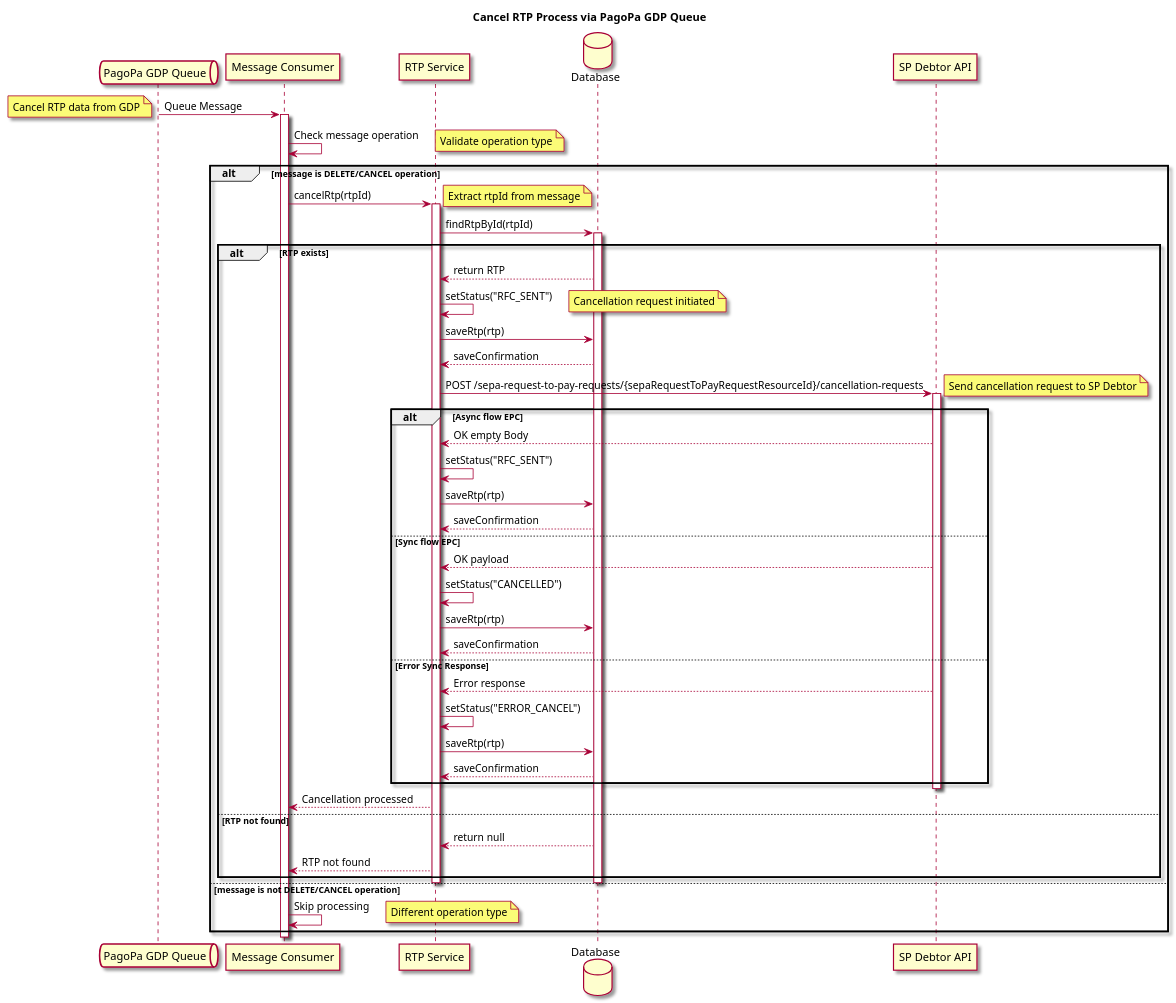
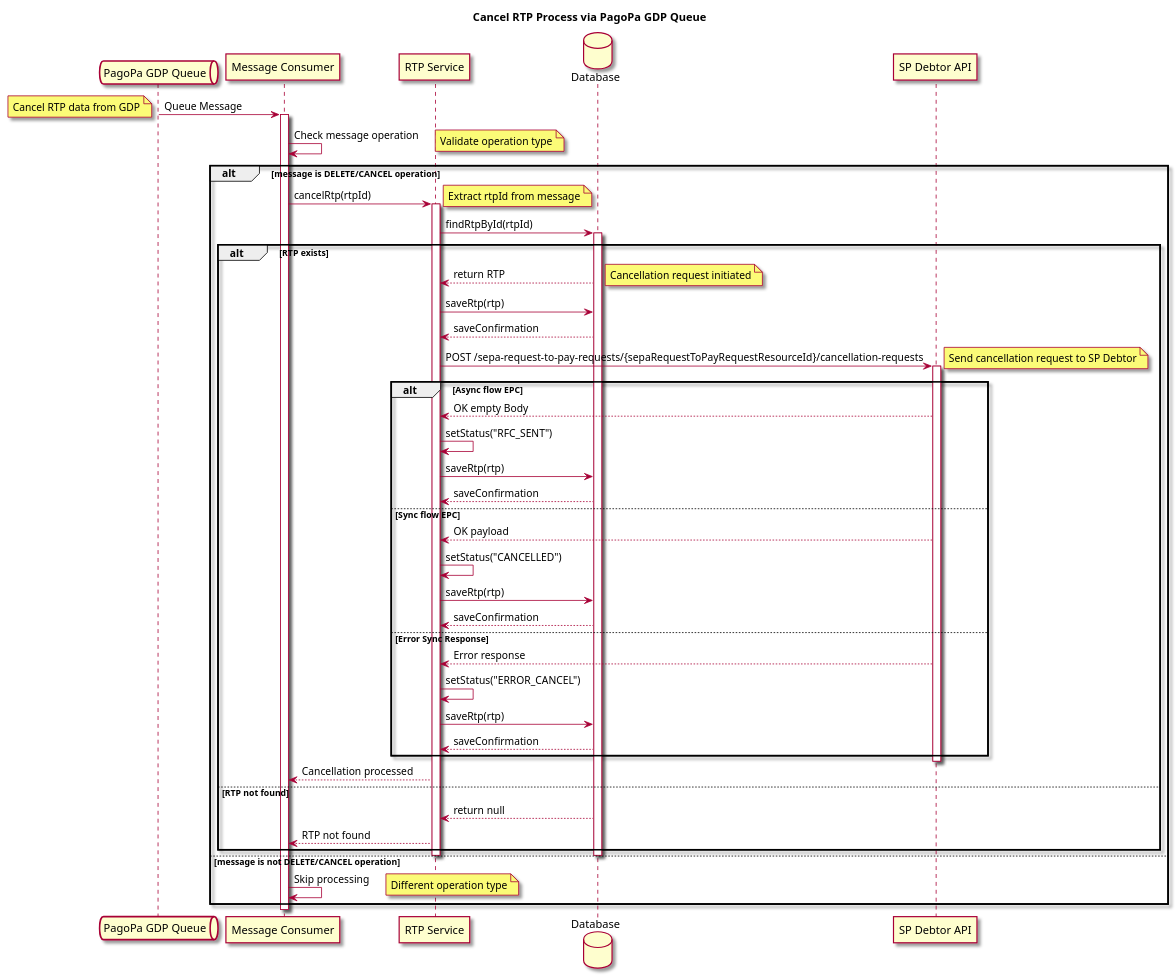
The diagram in diagrams/delete-queue-schema.puml (pagopa/rtp-docs), drawn with PlantUML before and after one commit. The commit also changed 6 other files, not shown here.

```diff
--- a/diagrams/delete-queue-schema.puml
+++ b/diagrams/delete-queue-schema.puml
@@ -1,64 +1,63 @@
 @startuml
 skin rose
 title Cancel RTP Process via PagoPa GDP Queue
 queue "PagoPa GDP Queue" as Queue
 participant "Message Consumer" as Consumer
 participant "RTP Service" as Service
 database Database as DB
 participant "SP Debtor API" as SPDAPI
 
 Queue -> Consumer: Queue Message
 note left: Cancel RTP data from GDP
 activate Consumer
 Consumer -> Consumer: Check message operation
 note right: Validate operation type
 alt message is DELETE/CANCEL operation
 Consumer -> Service: cancelRtp(rtpId)
 note right: Extract rtpId from message
 activate Service
 Service -> DB: findRtpById(rtpId)
 activate DB
 alt RTP exists
     DB --> Service: return RTP
     
-    Service -> Service: setStatus("RFC_SENT")
     note right: Cancellation request initiated
     Service -> DB: saveRtp(rtp)
     DB --> Service: saveConfirmation
     
     Service -> SPDAPI: POST /sepa-request-to-pay-requests/{sepaRequestToPayRequestResourceId}/cancellation-requests
     note right: Send cancellation request to SP Debtor
     activate SPDAPI
     
     alt Async flow EPC
         SPDAPI --> Service: OK empty Body
         Service -> Service: setStatus("RFC_SENT")
         Service -> DB: saveRtp(rtp)
         DB --> Service: saveConfirmation
     else Sync flow EPC
         SPDAPI --> Service: OK payload
         Service -> Service: setStatus("CANCELLED")
         Service -> DB: saveRtp(rtp)
         DB --> Service: saveConfirmation
     else Error Sync Response
         SPDAPI --> Service: Error response
         Service -> Service: setStatus("ERROR_CANCEL")
         Service -> DB: saveRtp(rtp)
         DB --> Service: saveConfirmation
     end
     
     deactivate SPDAPI
     Service --> Consumer: Cancellation processed
     
 else RTP not found
     DB --> Service: return null
     Service --> Consumer: RTP not found
 end
 deactivate DB
 deactivate Service
 else message is not DELETE/CANCEL operation
 Consumer -> Consumer: Skip processing
 note right: Different operation type
 end
 deactivate Consumer
 @enduml
```
